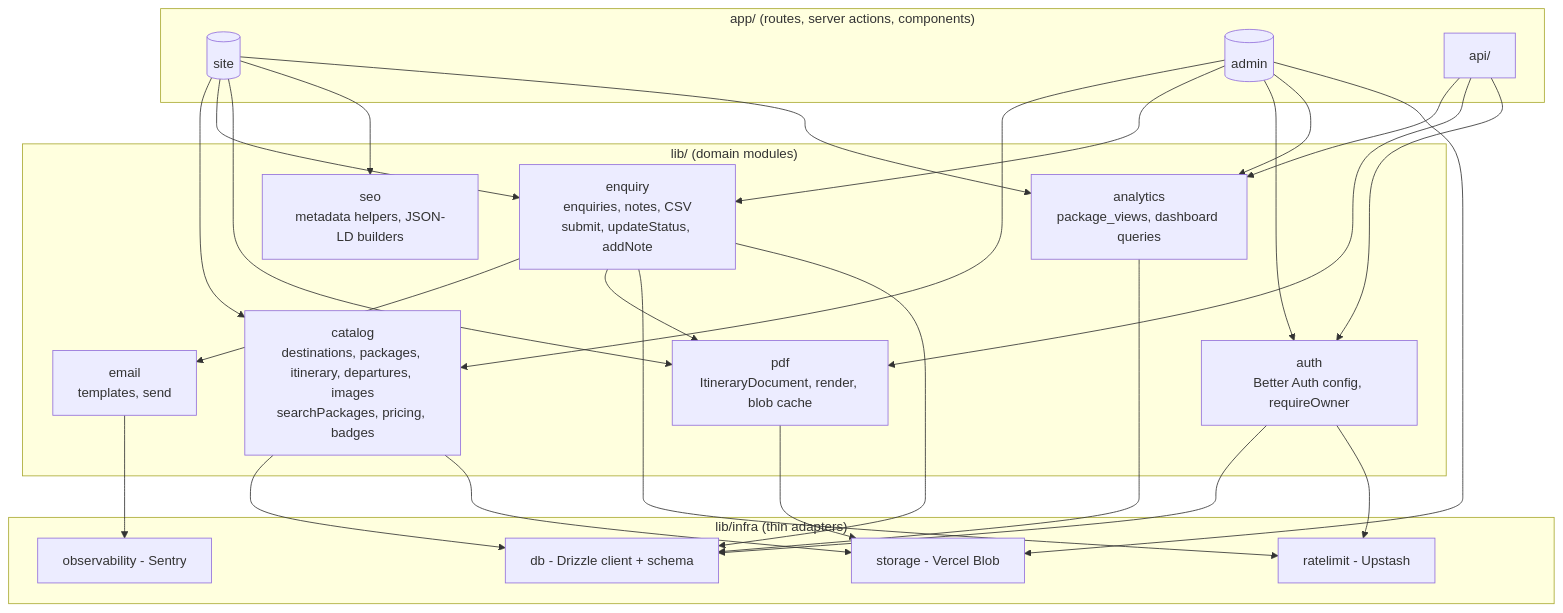
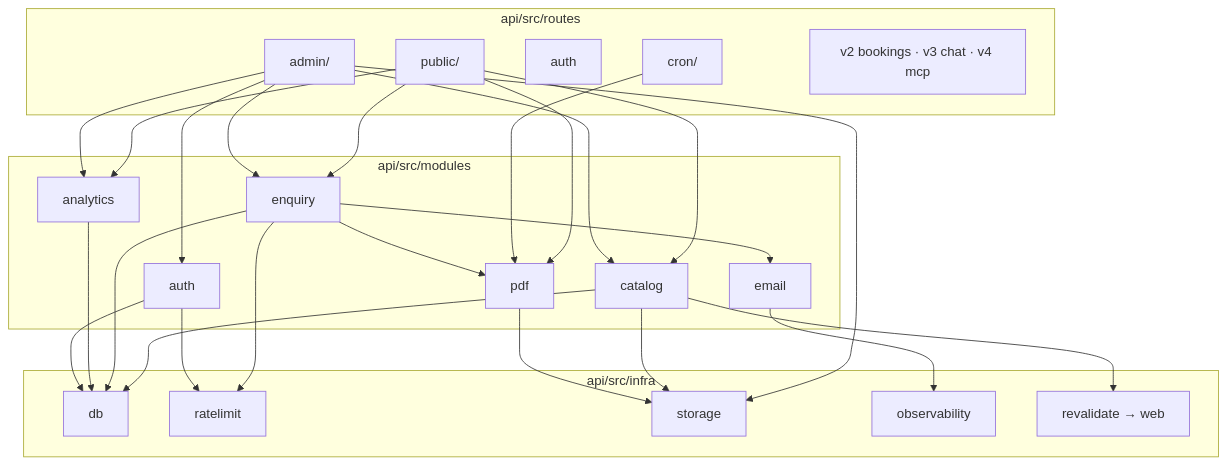
The second of 3 diagrams in docs/05-architecture.md (virajdomadia/tripsmith), drawn with Mermaid before and after one commit. The commit also changed other lines of this file and 15 other files, not shown here.

Commit message:
Architecture: separate web/ + api/ (Hono, TypeScript) + shared/; rewrite steps 4-7 for the split; replace FastAPI skeleton with Hono layout

````diff
--- a/docs/05-architecture.md
+++ b/docs/05-architecture.md
@@ -51,34 +89,18 @@
 ```mermaid
 flowchart TB
-  subgraph UI["app/ (routes, server actions, components)"]
-    SITE[(site)]
-    ADMIN[(admin)]
-    API[api/]
+  subgraph ROUTES["api/src/routes"]
+    PUB[public/] ; ADM[admin/] ; AUTHR[auth] ; CRON[cron/] ; LATER[v2 bookings · v3 chat · v4 mcp]
   end
-  subgraph DOMAIN["lib/ (domain modules)"]
-    CAT[catalog<br/>destinations, packages, itinerary, departures, images<br/>searchPackages, pricing, badges]
-    ENQ[enquiry<br/>enquiries, notes, CSV<br/>submit, updateStatus, addNote]
-    PDF[pdf<br/>ItineraryDocument, render, blob cache]
-    MAIL[email<br/>templates, send]
-    AUTH[auth<br/>Better Auth config, requireOwner]
-    ANA[analytics<br/>package_views, dashboard queries]
-    SEO[seo<br/>metadata helpers, JSON-LD builders]
+  subgraph MODULES["api/src/modules"]
+    CAT[catalog] ; ENQ[enquiry] ; PDF[pdf] ; MAIL[email] ; AUTH[auth] ; ANA[analytics]
   end
-  subgraph INFRA["lib/infra (thin adapters)"]
-    DB[db - Drizzle client + schema]
-    RL[ratelimit - Upstash]
-    STORE[storage - Vercel Blob]
-    OBS[observability - Sentry]
+  subgraph INFRA["api/src/infra"]
+    DB[db] ; RL[ratelimit] ; ST[storage] ; OBS[observability] ; REV[revalidate → web]
   end
-
-  SITE --> CAT & ENQ & PDF & SEO & ANA
-  ADMIN --> CAT & ENQ & AUTH & ANA & STORE
-  API --> ANA & PDF & AUTH
+  PUB --> CAT & ENQ & PDF & ANA
+  ADM --> CAT & ENQ & ANA & ST & AUTH
+  CRON --> PDF
   ENQ --> MAIL & PDF & RL
-  CAT --> DB & STORE
-  ENQ --> DB
-  PDF --> STORE
-  ANA --> DB
-  AUTH --> DB & RL
-  MAIL --> OBS
+  CAT --> DB & ST & REV
+  ENQ --> DB ; PDF --> ST ; ANA --> DB ; AUTH --> DB & RL ; MAIL --> OBS
 ```
````
